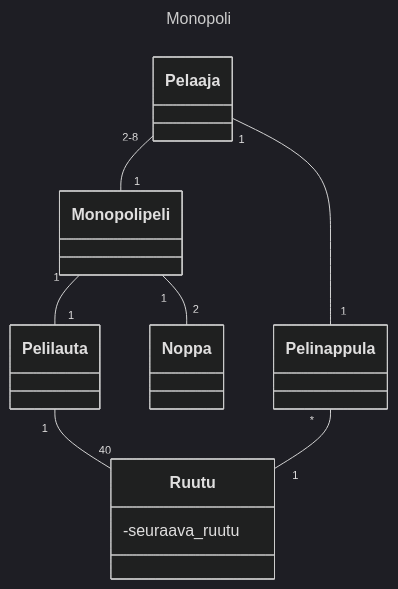
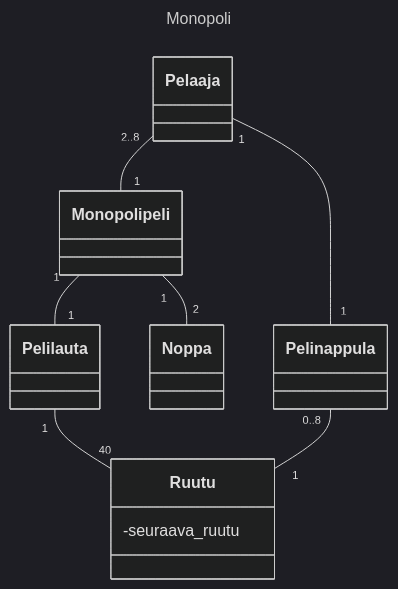
The diagram in laskarit/viikko3/monopoli.md (vejol/ot-harjoitustyo), drawn with Mermaid (dark theme) before and after one commit. The commit also changed 1 other file, not shown here.

Commit message:
monopoliharjoitukset päivitetty

````diff
--- a/laskarit/viikko3/monopoli.md
+++ b/laskarit/viikko3/monopoli.md
@@ -1,16 +1,16 @@
 ```mermaid
 ---
 title: Monopoli
 ---
 classDiagram
     Monopolipeli "1" -- "1" Pelilauta
     Pelilauta "1" -- "40" Ruutu
-    Pelaaja "2-8" -- "1" Monopolipeli
-    Pelinappula "*" -- "1" Ruutu
+    Pelaaja "2..8" -- "1" Monopolipeli
+    Pelinappula "0..8" -- "1" Ruutu
     Pelaaja "1" -- "1" Pelinappula
     Monopolipeli "1" -- "2" Noppa
     
     class Ruutu{
         -seuraava_ruutu
     }
 ```
````
